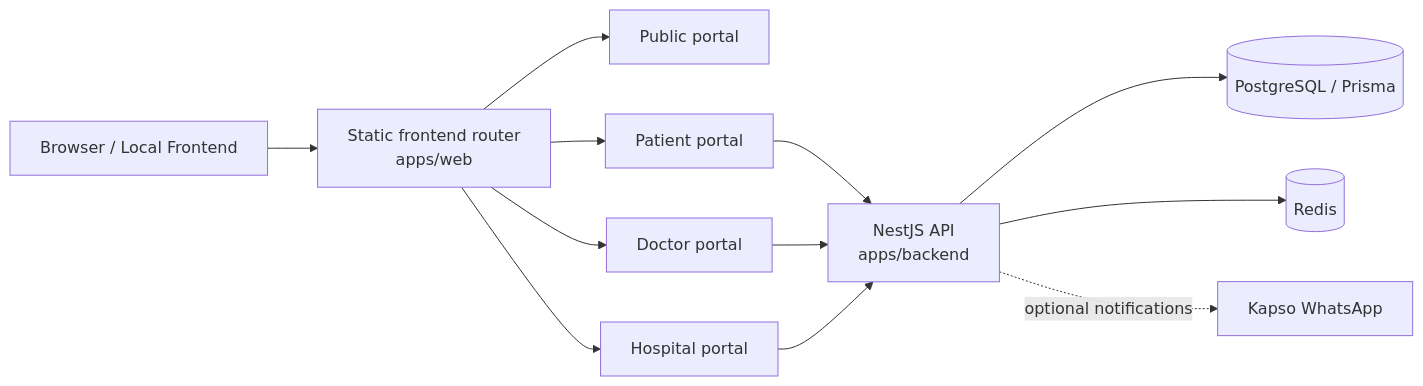
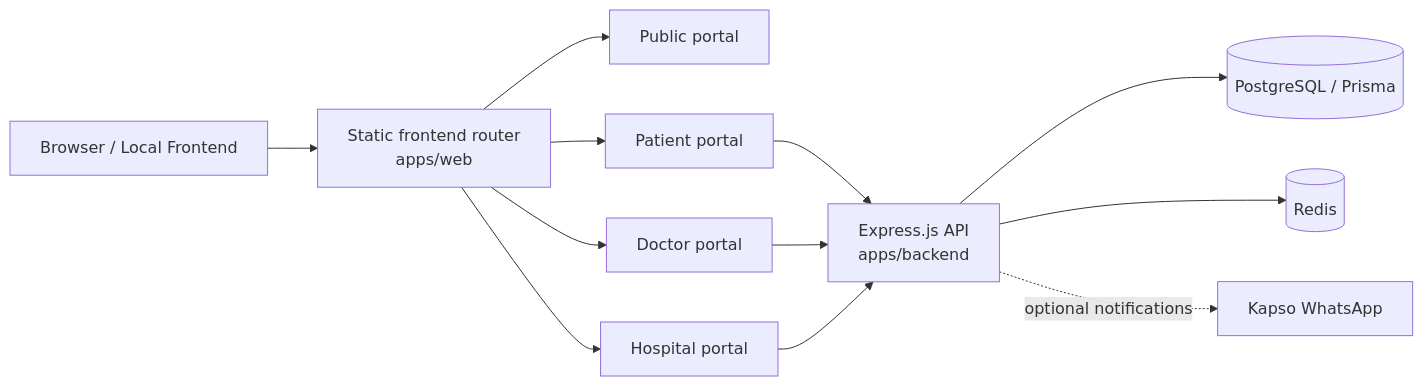
Before and after one commit to Harshitgupta0509/swasthsetu: the third of 3 diagrams in README.md, drawn with Mermaid. The commit also changed other lines of this file and 54 other files, not shown here.

Commit message:
Migrate backend from NestJS to Express

````diff
--- a/README.md
+++ b/README.md
@@ -60,16 +60,16 @@
 ```mermaid
 flowchart LR
     Browser[Browser / Local Frontend] --> Web["Static frontend router<br/>apps/web"]
     Web --> Public[Public portal]
     Web --> Patient[Patient portal]
     Web --> Doctor[Doctor portal]
     Web --> Hospital[Hospital portal]
 
-    Patient --> API["NestJS API<br/>apps/backend"]
+    Patient --> API["Express.js API<br/>apps/backend"]
     Doctor --> API
     Hospital --> API
 
     API --> DB[(PostgreSQL / Prisma)]
     API --> Cache[(Redis)]
     API -. optional notifications .-> WhatsApp[Kapso WhatsApp]
 ```
````
